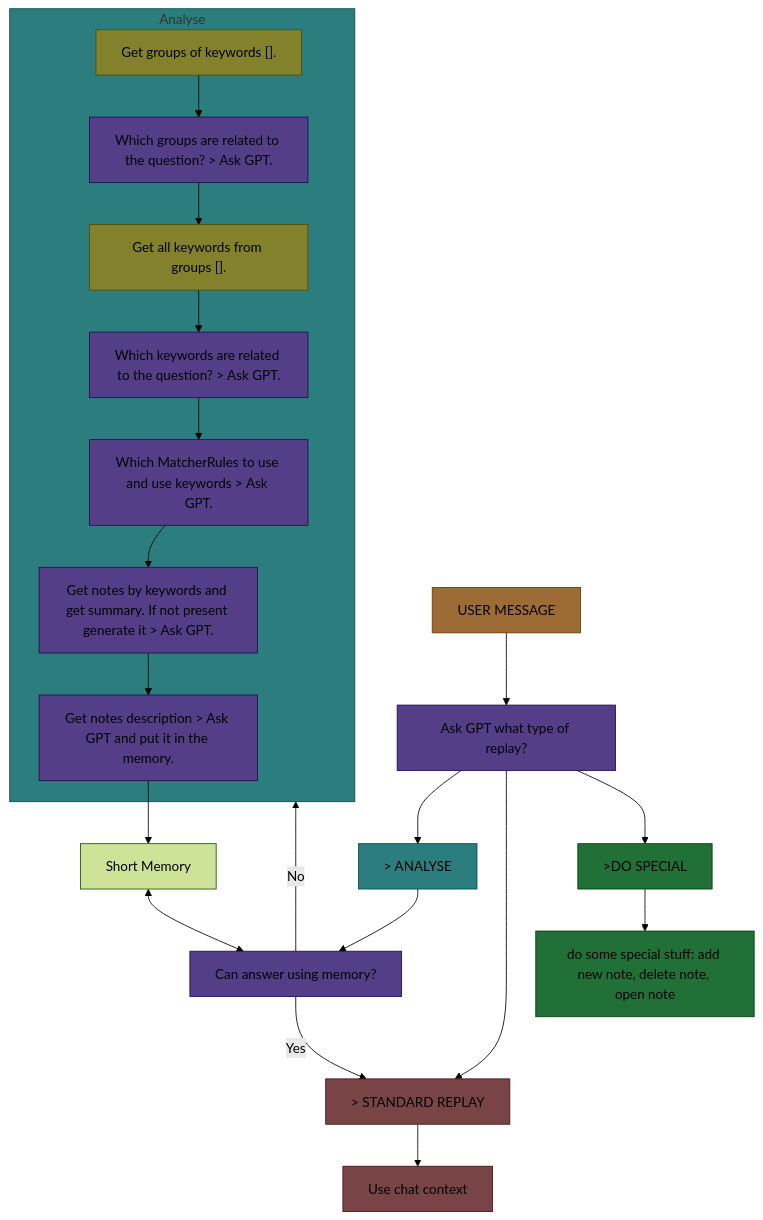
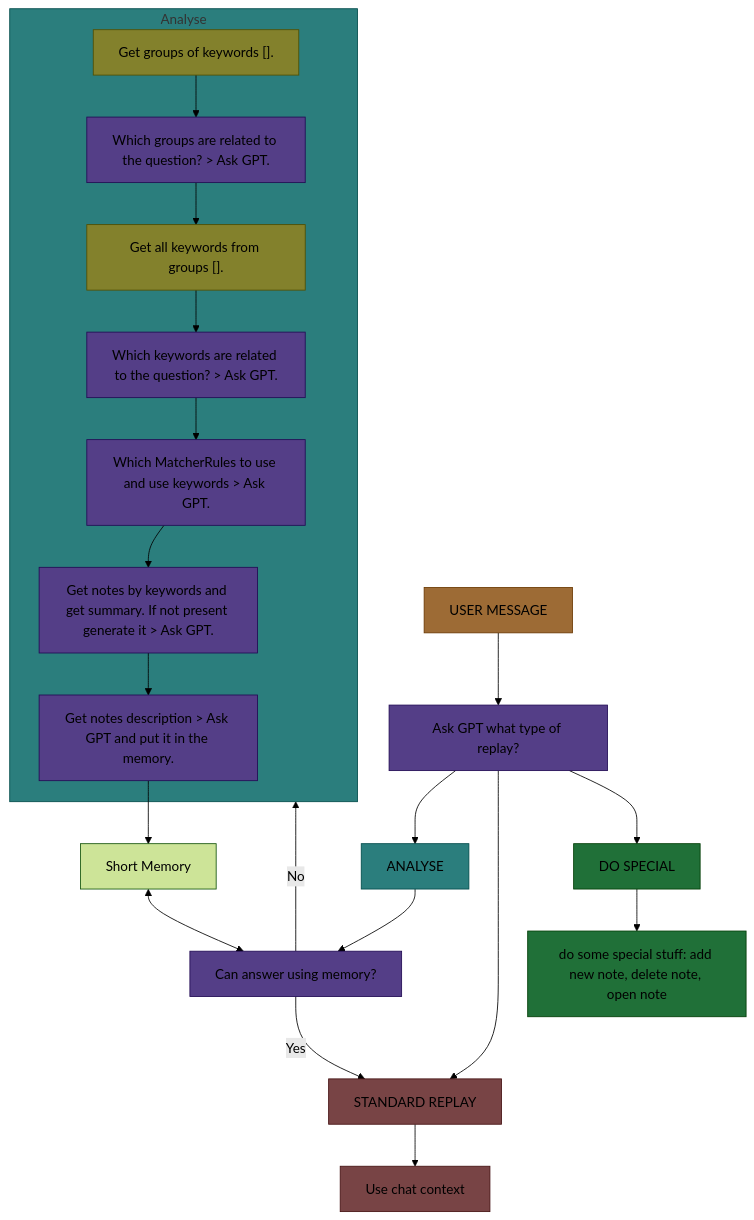
The diagram in specs/analysis-pipeline.md (intkgc/intellivault), drawn with Mermaid (forest theme) before and after one commit.

Commit message:
pipeline fix

````diff
--- a/specs/analysis-pipeline.md
+++ b/specs/analysis-pipeline.md
@@ -1,70 +1,70 @@
 ```mermaid
 graph TB
 subgraph ab7778a2d708eb0f["Analyse"]
 207a7feca601c2e2["Which MatcherRules to use and use keywords > Ask GPT."]
 78e957bda4884a41["Get groups of keywords []."]
 f755572270f4b40b["Which groups are related to the question? > Ask GPT."]
 223a839673882ebc["Get all keywords from groups []."]
 876ae3132c378cae["Which keywords are related to the question? > Ask GPT."]
 c5eacc9b622b4c0a["Get notes by keywords and get summary. If not present generate it > Ask GPT."]
 76f53107dccbc61b["Get notes description > Ask GPT and put it in the memory."]
 
 end
-2e78d5081acb9130["> ANALYSE"]
+2e78d5081acb9130["ANALYSE"]
 03c0bf2d7d53ba30["Ask GPT what type of replay?"]
 5e4aff86d5515375["USER MESSAGE"]
 b6f82d11aa769a1f["Can answer using memory?"]
 0ae8cee0a7cf4f85["Short Memory"]
 207a7feca601c2e2["Which MatcherRules to use and use keywords > Ask GPT."]
 78e957bda4884a41["Get groups of keywords []."]
 f755572270f4b40b["Which groups are related to the question? > Ask GPT."]
 223a839673882ebc["Get all keywords from groups []."]
 876ae3132c378cae["Which keywords are related to the question? > Ask GPT."]
 c5eacc9b622b4c0a["Get notes by keywords and get summary. If not present generate it > Ask GPT."]
 76f53107dccbc61b["Get notes description > Ask GPT and put it in the memory."]
-e5a6cbc4df30ca71[">DO SPECIAL"]
-4f6683862d28ae89["> STANDARD REPLAY"]
+e5a6cbc4df30ca71["DO SPECIAL"]
+4f6683862d28ae89["STANDARD REPLAY"]
 e0655c30dc3992a5["Use chat context"]
 06a04622a782b489["do some special stuff: add new note, delete note, open note"]
 2e78d5081acb9130 --> b6f82d11aa769a1f
 f755572270f4b40b --> 223a839673882ebc
 223a839673882ebc --> 876ae3132c378cae
 876ae3132c378cae --> 207a7feca601c2e2
 207a7feca601c2e2 --> c5eacc9b622b4c0a
 c5eacc9b622b4c0a --> 76f53107dccbc61b
 e5a6cbc4df30ca71 --> 06a04622a782b489
 b6f82d11aa769a1f --> |Yes| 4f6683862d28ae89
 78e957bda4884a41 --> f755572270f4b40b
 b6f82d11aa769a1f --> |No
 | ab7778a2d708eb0f
 4f6683862d28ae89 --> e0655c30dc3992a5
 5e4aff86d5515375 --> 03c0bf2d7d53ba30
 03c0bf2d7d53ba30 --> 2e78d5081acb9130
 03c0bf2d7d53ba30 --> 4f6683862d28ae89
 03c0bf2d7d53ba30 --> e5a6cbc4df30ca71
 76f53107dccbc61b --> 0ae8cee0a7cf4f85
 0ae8cee0a7cf4f85 <--> b6f82d11aa769a1f
 style ab7778a2d708eb0f fill:#2b7e7d, stroke:#004b4a
 style 207a7feca601c2e2 fill:#543e87, stroke:#210b54
 style 78e957bda4884a41 fill:#83812c, stroke:#504e00
 style f755572270f4b40b fill:#543e87, stroke:#210b54
 style 223a839673882ebc fill:#83812c, stroke:#504e00
 style 876ae3132c378cae fill:#543e87, stroke:#210b54
 style c5eacc9b622b4c0a fill:#543e87, stroke:#210b54
 style 76f53107dccbc61b fill:#543e87, stroke:#210b54
 style 2e78d5081acb9130 fill:#2b7e7d, stroke:#004b4a
 style 03c0bf2d7d53ba30 fill:#543e87, stroke:#210b54
 style 5e4aff86d5515375 fill:#9d6b35, stroke:#6a3802
 style b6f82d11aa769a1f fill:#543e87, stroke:#210b54
 style 207a7feca601c2e2 fill:#543e87, stroke:#210b54
 style 78e957bda4884a41 fill:#83812c, stroke:#504e00
 style f755572270f4b40b fill:#543e87, stroke:#210b54
 style 223a839673882ebc fill:#83812c, stroke:#504e00
 style 876ae3132c378cae fill:#543e87, stroke:#210b54
 style c5eacc9b622b4c0a fill:#543e87, stroke:#210b54
 style 76f53107dccbc61b fill:#543e87, stroke:#210b54
 style e5a6cbc4df30ca71 fill:#207038, stroke:#003d05
 style 4f6683862d28ae89 fill:#784445, stroke:#451112
 style e0655c30dc3992a5 fill:#784445, stroke:#451112
 style 06a04622a782b489 fill:#207038, stroke:#003d05
 ```
````
